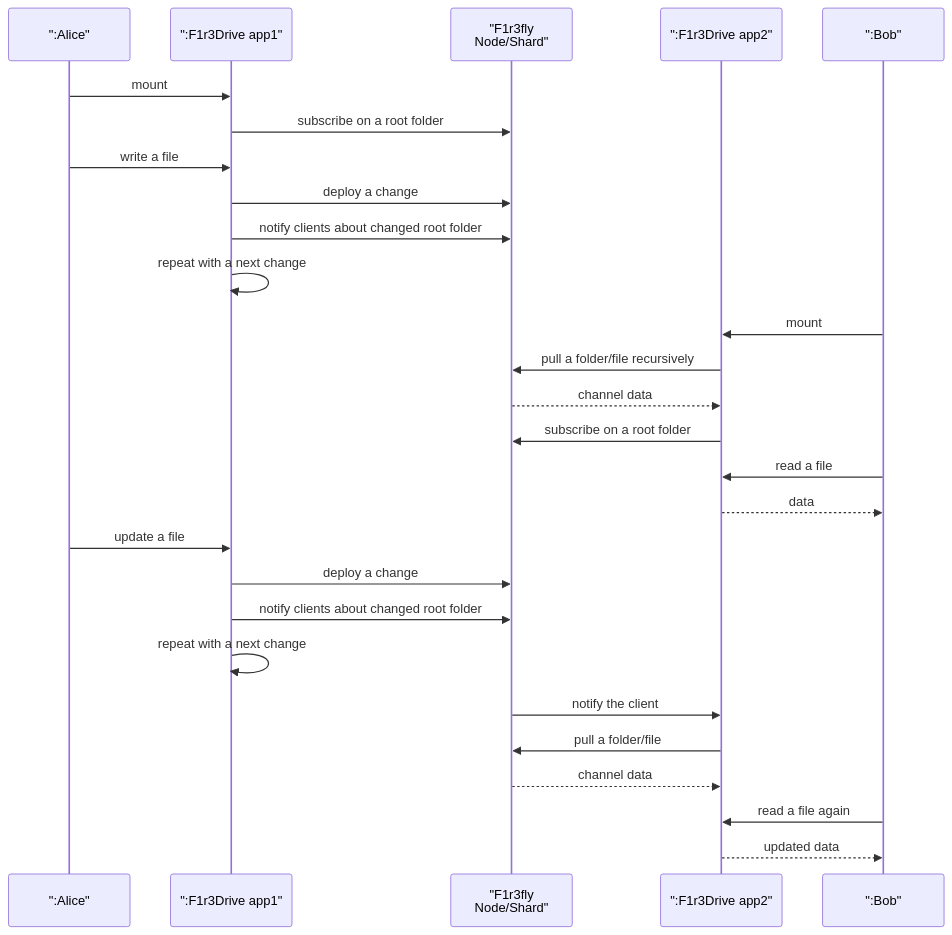
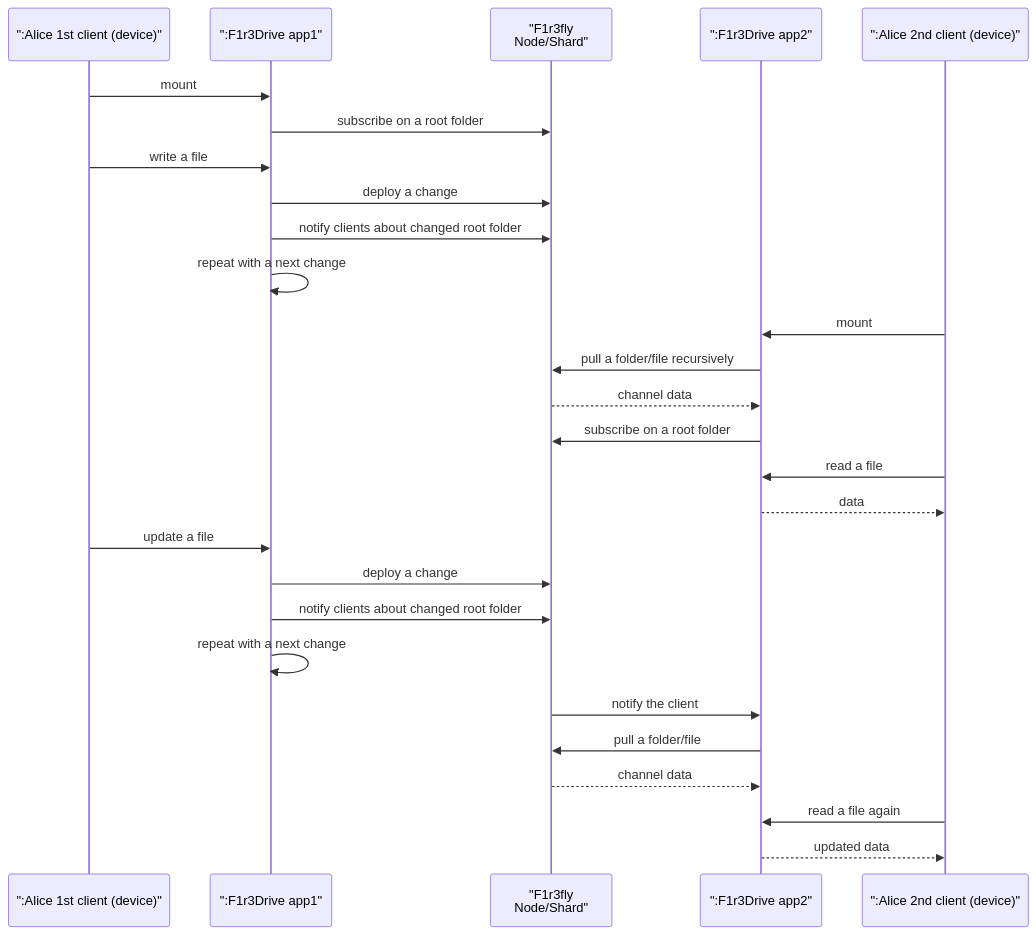
Before and after one commit to F1R3FLY-io/f1r3drive: the second of 2 diagrams in docs/system_data_flow.md, drawn with Mermaid. The commit also changed other lines of this file, not shown here.

Commit message:
docs: rename Alice and Bob to 1st and 2nd client devices in diagrams

````diff
--- a/docs/system_data_flow.md
+++ b/docs/system_data_flow.md
@@ -52,36 +52,36 @@
 ```mermaid
 sequenceDiagram
-    participant A as ":Alice"
+    participant A as ":Alice 1st client (device)"
     participant App1 as ":F1r3Drive app1"
     participant Node as "F1r3fly<br>Node/Shard"
     participant App2 as ":F1r3Drive app2"
-    participant B as ":Bob"
+    participant B as ":Alice 2nd client (device)"
 
     A->>App1: mount
     App1->>Node: subscribe on a root folder
     
     A->>App1: write a file
     App1->>Node: deploy a change
     App1->>Node: notify clients about changed root folder
     App1->>App1: repeat with a next change
     
     B->>App2: mount
     App2->>Node: pull a folder/file recursively
     Node-->>App2: channel data
     App2->>Node: subscribe on a root folder
     
     B->>App2: read a file
     App2-->>B: data
     
     A->>App1: update a file
     App1->>Node: deploy a change
     App1->>Node: notify clients about changed root folder
     App1->>App1: repeat with a next change
     
     Node->>App2: notify the client
     App2->>Node: pull a folder/file
     Node-->>App2: channel data
     
     B->>App2: read a file again
     App2-->>B: updated data
 ```
````
